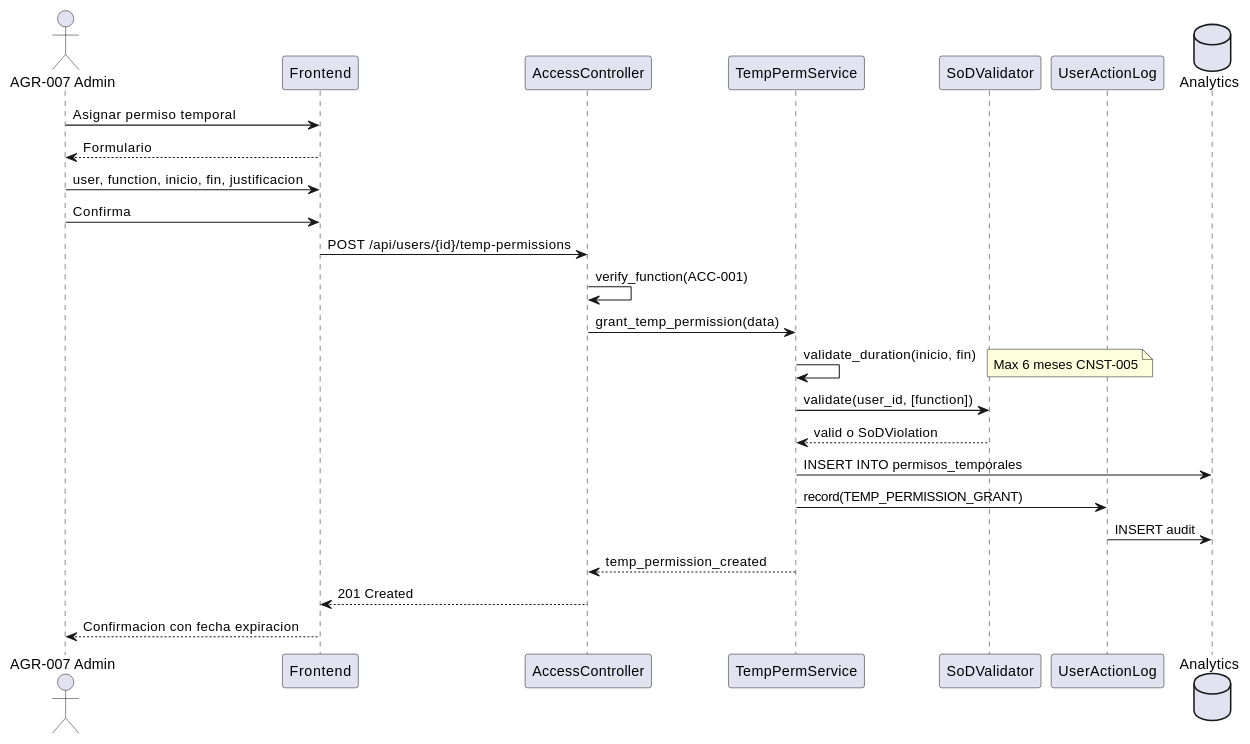
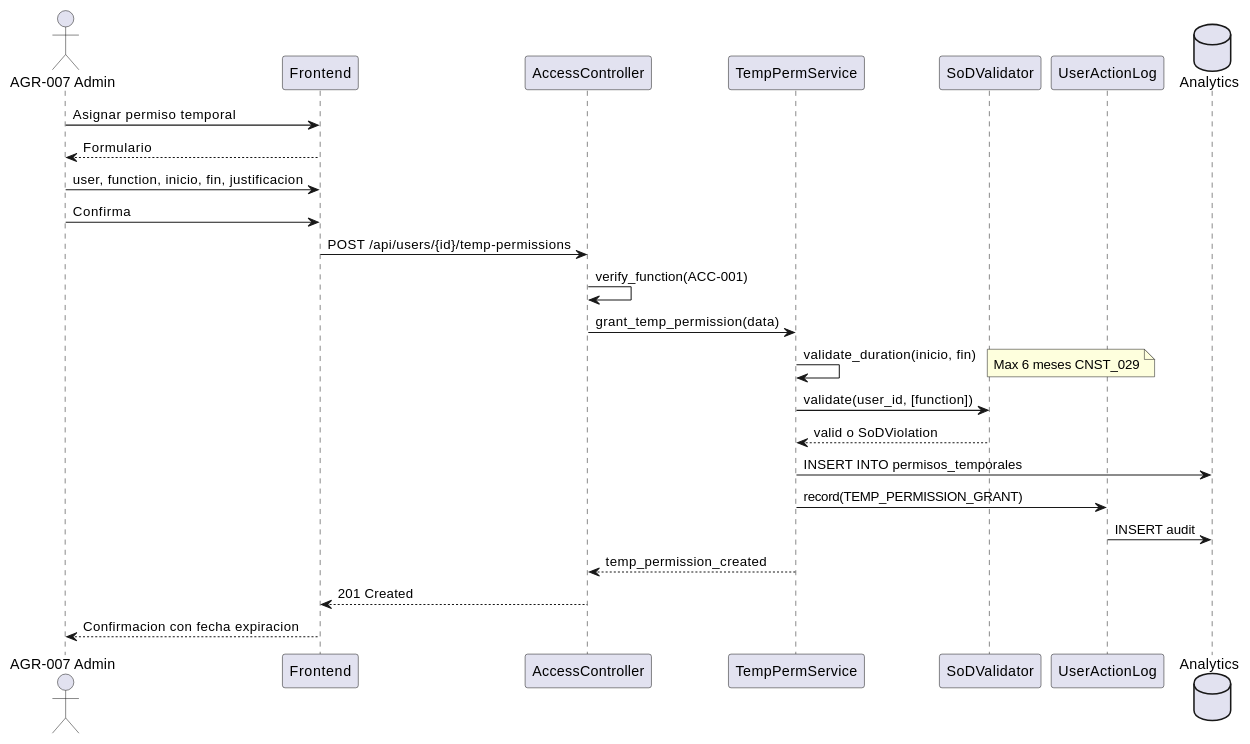
Before and after one commit to jcg-admin/IACT-docs: the second of 3 diagrams in source/requisitos/casos_uso/access/UC_ACC_08_Permiso_Temporal.rst, drawn with PlantUML. The commit also changed other lines of this file and 67 other files, not shown here.

```diff
--- a/source/requisitos/casos_uso/access/UC_ACC_08_Permiso_Temporal.rst
+++ b/source/requisitos/casos_uso/access/UC_ACC_08_Permiso_Temporal.rst
@@ -170,35 +179,35 @@
 .. uml::
    :caption: Diagrama de Secuencia - UC_ACC_08
 
    @startuml
    actor "AGR-007 Admin" as A
    participant "Frontend" as FE
    participant "AccessController" as AC
    participant "TempPermService" as TPS
    participant "SoDValidator" as SOD
    participant "UserActionLog" as UAL
    database "Analytics" as DB
 
    A -> FE: Asignar permiso temporal
    FE --> A: Formulario
    A -> FE: user, function, inicio, fin, justificacion
    A -> FE: Confirma
 
    FE -> AC: POST /api/users/{id}/temp-permissions
    AC -> AC: verify_function(ACC-001)
    AC -> TPS: grant_temp_permission(data)
 
    TPS -> TPS: validate_duration(inicio, fin)
-   note right: Max 6 meses CNST-005
+   note right: Max 6 meses CNST_029
 
    TPS -> SOD: validate(user_id, [function])
    SOD --> TPS: valid o SoDViolation
 
    TPS -> DB: INSERT INTO permisos_temporales
    TPS -> UAL: record(TEMP_PERMISSION_GRANT)
    UAL -> DB: INSERT audit
 
    TPS --> AC: temp_permission_created
    AC --> FE: 201 Created
    FE --> A: Confirmacion con fecha expiracion
    @enduml
```
